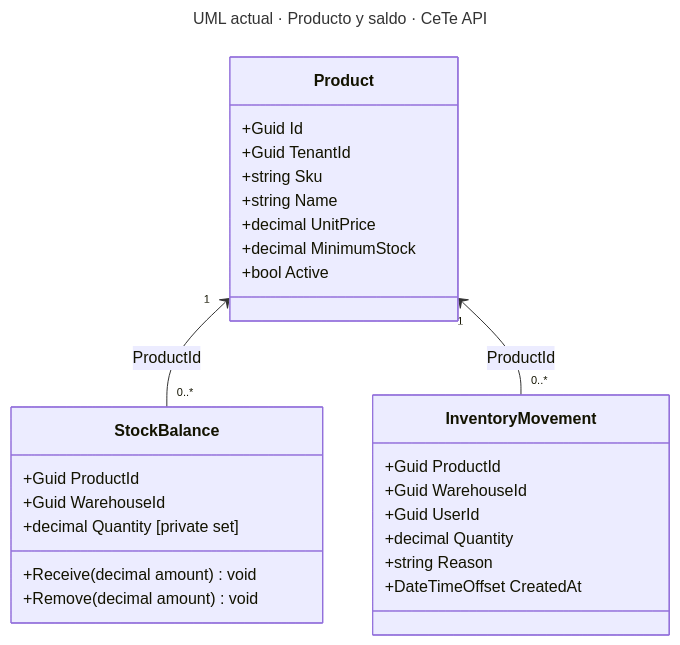
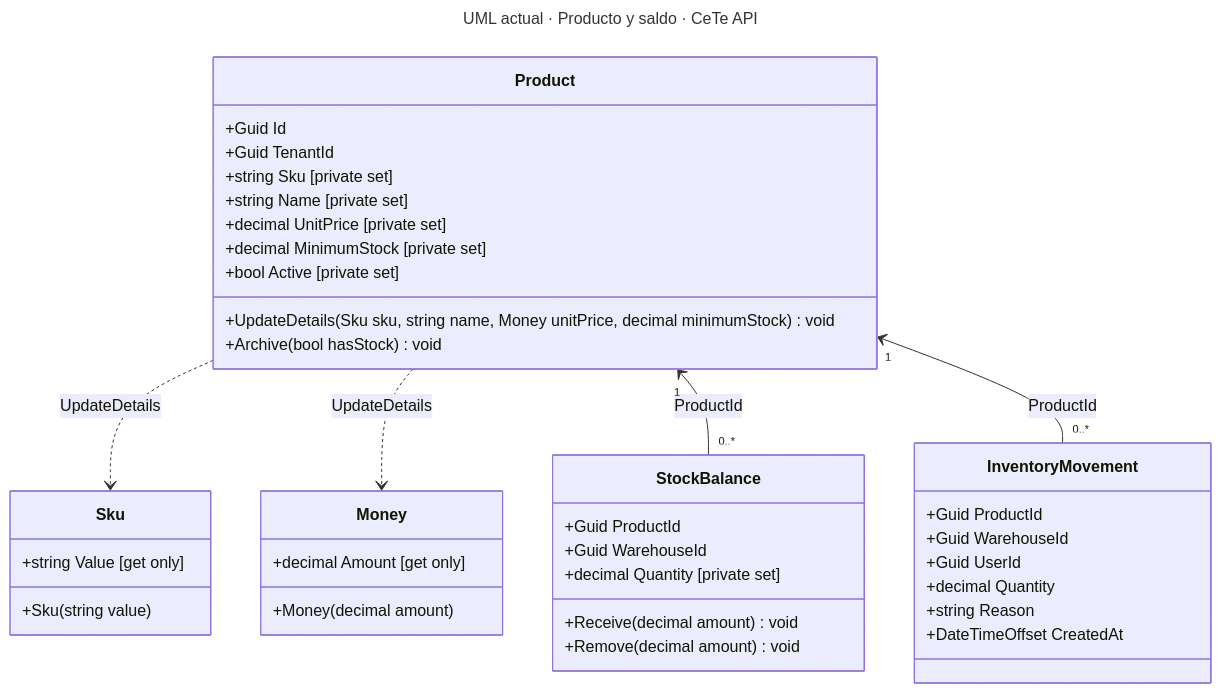
One commit to Nexxus-ops/Report-CeTe changed the diagram in diagrams/classes-inventory.mmd. Above: the diagram before and after it, drawn with Mermaid. The commit also changed 34 other files, not shown here.

Commit message:
docs(architecture): align report with deployed DDD contexts

```diff
--- a/diagrams/classes-inventory.mmd
+++ b/diagrams/classes-inventory.mmd
@@ -1,30 +1,42 @@
 ---
 title: UML actual · Producto y saldo · CeTe API
 ---
 classDiagram
   class Product {
     +Guid Id
     +Guid TenantId
-    +string Sku
-    +string Name
-    +decimal UnitPrice
-    +decimal MinimumStock
-    +bool Active
+    +string Sku [private set]
+    +string Name [private set]
+    +decimal UnitPrice [private set]
+    +decimal MinimumStock [private set]
+    +bool Active [private set]
+    +UpdateDetails(Sku sku, string name, Money unitPrice, decimal minimumStock) void
+    +Archive(bool hasStock) void
   }
   class StockBalance {
     +Guid ProductId
     +Guid WarehouseId
     +decimal Quantity [private set]
     +Receive(decimal amount) void
     +Remove(decimal amount) void
   }
   class InventoryMovement {
     +Guid ProductId
     +Guid WarehouseId
     +Guid UserId
     +decimal Quantity
     +string Reason
     +DateTimeOffset CreatedAt
   }
+  class Sku {
+    +string Value [get only]
+    +Sku(string value)
+  }
+  class Money {
+    +decimal Amount [get only]
+    +Money(decimal amount)
+  }
+  Product ..> Sku : UpdateDetails
+  Product ..> Money : UpdateDetails
   Product "1" <-- "0..*" StockBalance : ProductId
   Product "1" <-- "0..*" InventoryMovement : ProductId
```
